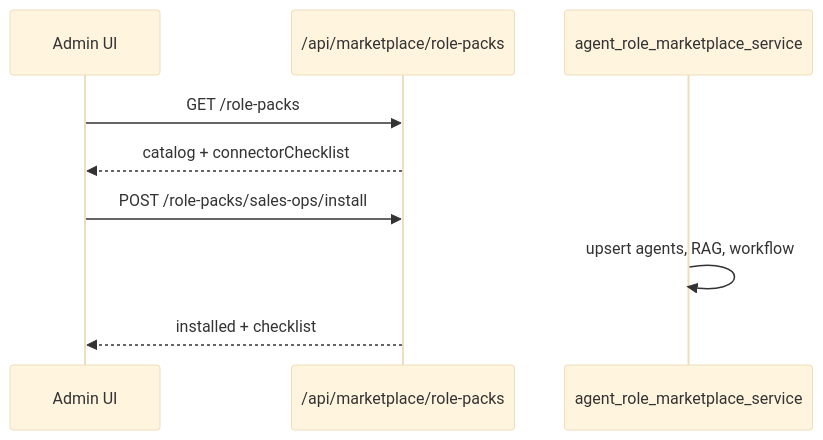
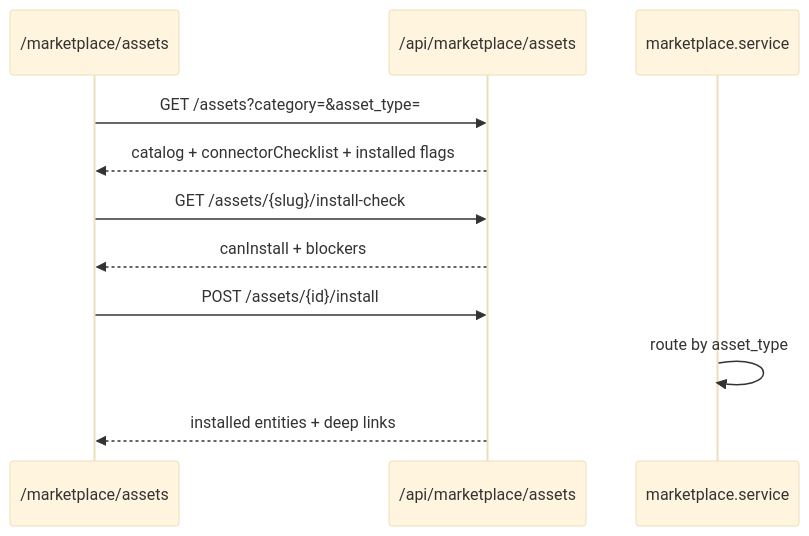
One commit to cesarbohjr/gravitre-saas-backend changed the diagram in docs/integration/agent-role-marketplace.md. Above: the diagram before and after it, drawn with Mermaid (base theme). The commit also changed other lines of this file and 17 other files, not shown here.

First line of the commit message:
Polish marketplace: QA, rollback, atomic counters, and premium assets UI.

````diff
--- a/docs/integration/agent-role-marketplace.md
+++ b/docs/integration/agent-role-marketplace.md
@@ -18,12 +19,14 @@
 ```mermaid
 sequenceDiagram
-    participant UI as Admin UI
-    participant API as /api/marketplace/role-packs
-    participant Svc as agent_role_marketplace_service
+    participant UI as /marketplace/assets
+    participant API as /api/marketplace/assets
+    participant Svc as marketplace.service
 
-    UI->>API: GET /role-packs
-    API-->>UI: catalog + connectorChecklist
-    UI->>API: POST /role-packs/sales-ops/install
-    Svc->>Svc: upsert agents, RAG, workflow
-    API-->>UI: installed + checklist
+    UI->>API: GET /assets?category=&asset_type=
+    API-->>UI: catalog + connectorChecklist + installed flags
+    UI->>API: GET /assets/{slug}/install-check
+    API-->>UI: canInstall + blockers
+    UI->>API: POST /assets/{id}/install
+    Svc->>Svc: route by asset_type
+    API-->>UI: installed entities + deep links
 ```
````
